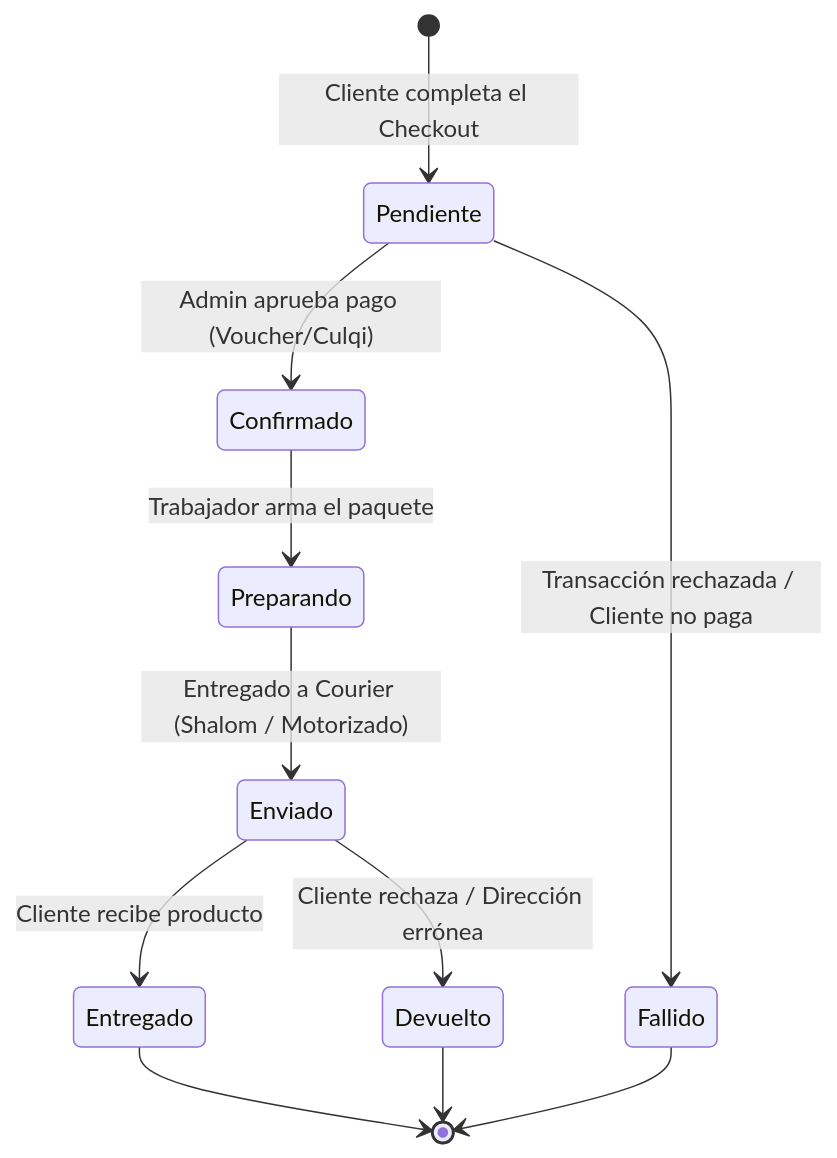
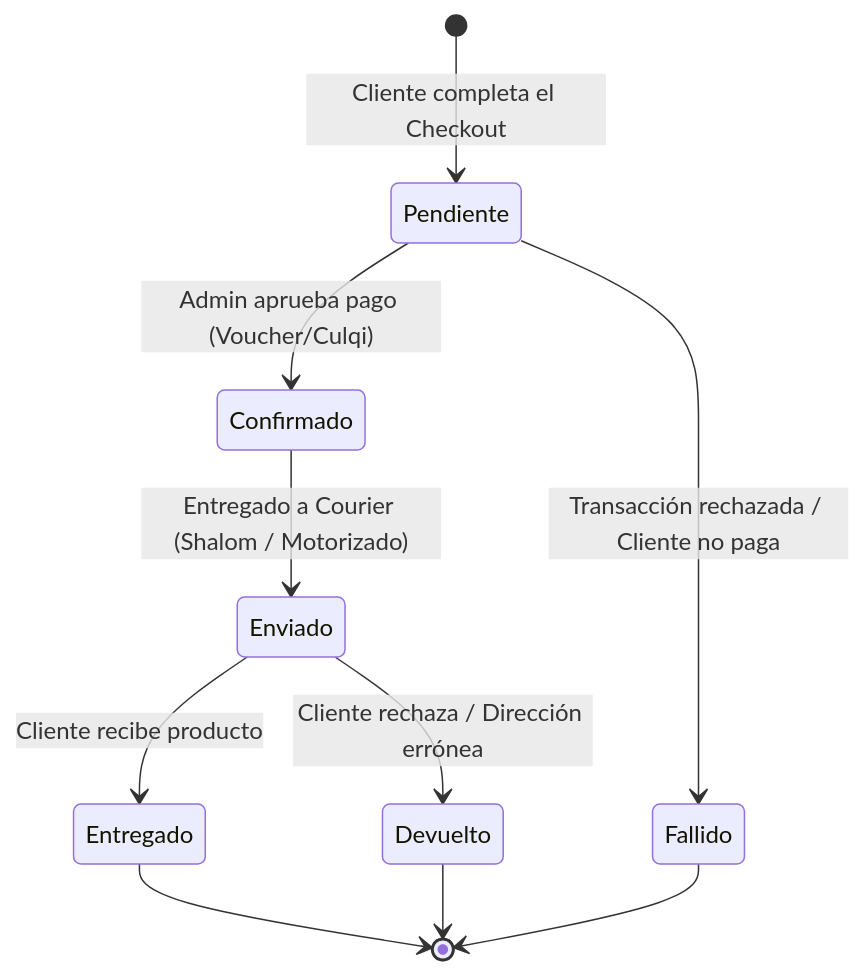
The diagram in docs/BUSINESS_LOGIC.md (MartinMaldo592/Tienda-Blama-2026), drawn with Mermaid before and after one commit. The commit also changed 14 other files, not shown here.

Commit message:
chore(docs): remove obsolete RESUMEN_MEJORAS.md and update architecture documents

````diff
--- a/docs/BUSINESS_LOGIC.md
+++ b/docs/BUSINESS_LOGIC.md
@@ -9,17 +9,16 @@
 ```mermaid
 stateDiagram-v2
     [*] --> Pendiente : Cliente completa el Checkout
     
     Pendiente --> Confirmado : Admin aprueba pago (Voucher/Culqi)
     Pendiente --> Fallido : Transacción rechazada / Cliente no paga
     
-    Confirmado --> Preparando : Trabajador arma el paquete
-    Preparando --> Enviado : Entregado a Courier (Shalom / Motorizado)
+    Confirmado --> Enviado : Entregado a Courier (Shalom / Motorizado)
     
     Enviado --> Entregado : Cliente recibe producto
     Enviado --> Devuelto : Cliente rechaza / Dirección errónea
     
     Entregado --> [*]
     Fallido --> [*]
     Devuelto --> [*]
 ```
````
